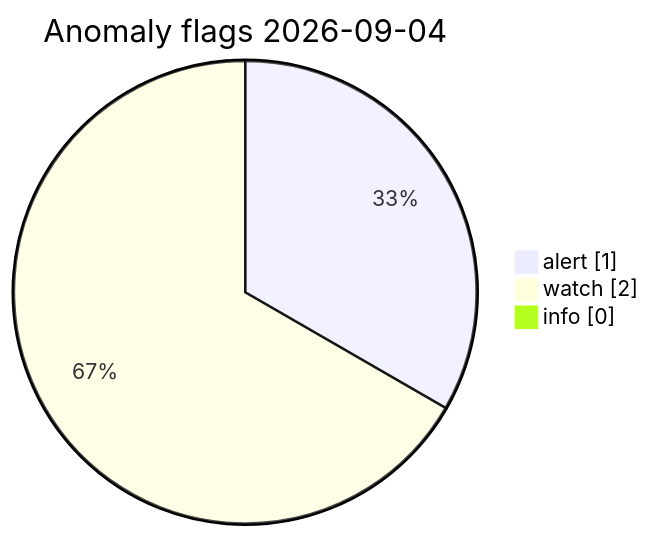
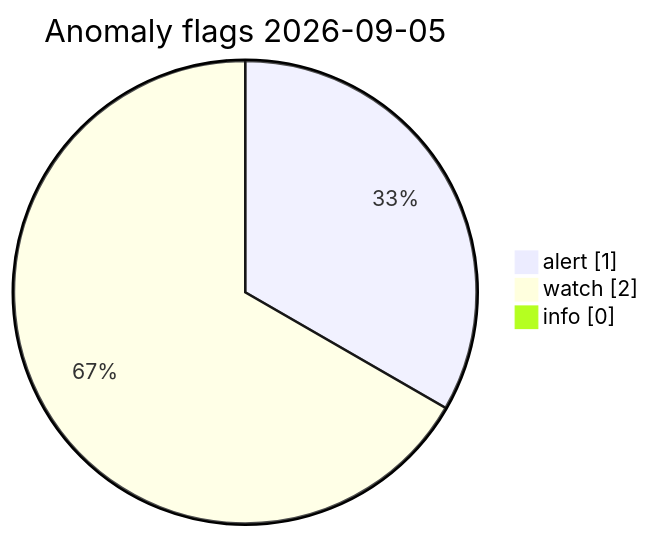
One commit to Midwest-Stratospheric/Unified-Open-Global-Weather changed the diagram in visuals/latest/CHARTS.md. Above: the diagram before and after it, drawn with Mermaid. The commit also changed other lines of this file and 11 other files, not shown here.

Commit message:
data(visuals): automated charts 2026-09-05T10:39Z

````diff
--- a/visuals/latest/CHARTS.md
+++ b/visuals/latest/CHARTS.md
@@ -73,7 +73,7 @@
 ```mermaid
 pie showData
-  title Anomaly flags 2026-09-04
+  title Anomaly flags 2026-09-05
   "alert" : 1
   "watch" : 2
   "info" : 0
 ```
````
